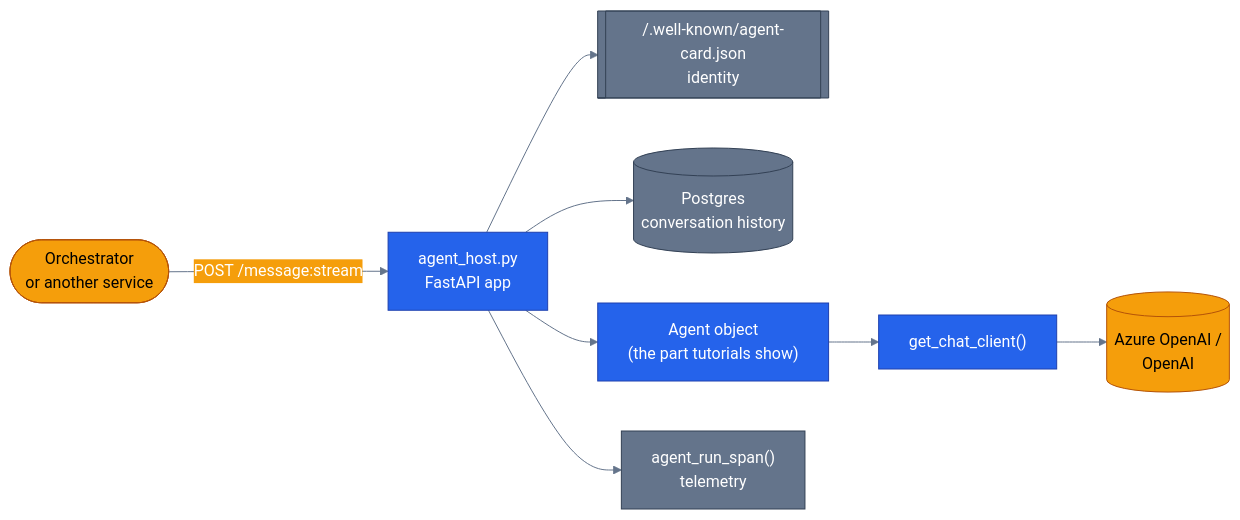
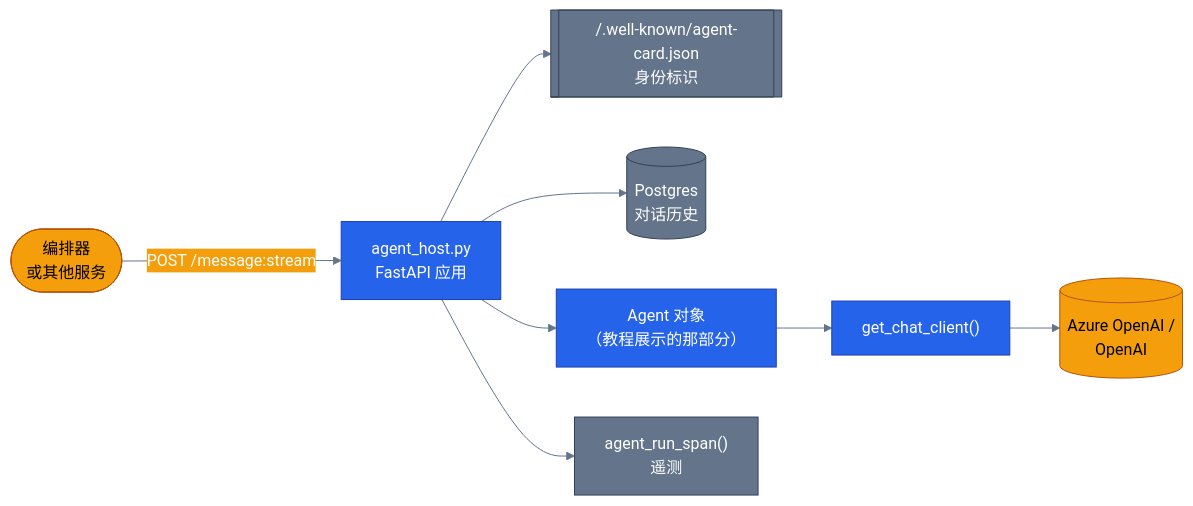
The diagram in docs/concepts/04-agent-harness.md (s1encisi/reliable-commerce-agents), drawn with Mermaid before and after one commit. The commit also changed other lines of this file and 1033 other files, not shown here.

````diff
--- a/docs/concepts/04-agent-harness.md
+++ b/docs/concepts/04-agent-harness.md
@@ -69,23 +59,23 @@
 ```mermaid
 %%{init: {'theme':'base', 'themeVariables': {
   'primaryColor': '#2563eb','primaryTextColor': '#ffffff','primaryBorderColor': '#1e40af',
   'lineColor': '#64748b','secondaryColor': '#f59e0b','tertiaryColor': '#10b981',
   'background': 'transparent'}}}%%
 flowchart LR
   classDef core     fill:#2563eb,stroke:#1e40af,color:#ffffff
   classDef external fill:#f59e0b,stroke:#b45309,color:#000000
   classDef infra    fill:#64748b,stroke:#334155,color:#ffffff
 
-  caller(["Orchestrator<br/>or another service"]) -->|"POST /message:stream"| harness["agent_host.py<br/>FastAPI app"]
-  harness --> card[["/.well-known/agent-card.json<br/>identity"]]
-  harness --> history[("Postgres<br/>conversation history")]
-  harness --> agent["Agent object<br/>(the part tutorials show)"]
+  caller(["编排器<br/>或其他服务"]) -->|"POST /message:stream"| harness["agent_host.py<br/>FastAPI 应用"]
+  harness --> card[["/.well-known/agent-card.json<br/>身份标识"]]
+  harness --> history[("Postgres<br/>对话历史")]
+  harness --> agent["Agent 对象<br/>（教程展示的那部分）"]
   agent --> client["get_chat_client()"]
   client --> llm[("Azure OpenAI /<br/>OpenAI")]
-  harness --> otel["agent_run_span()<br/>telemetry"]
+  harness --> otel["agent_run_span()<br/>遥测"]
 
   class caller,llm external
   class harness,agent,client core
   class history infra
   class card,otel infra
 ```
````
